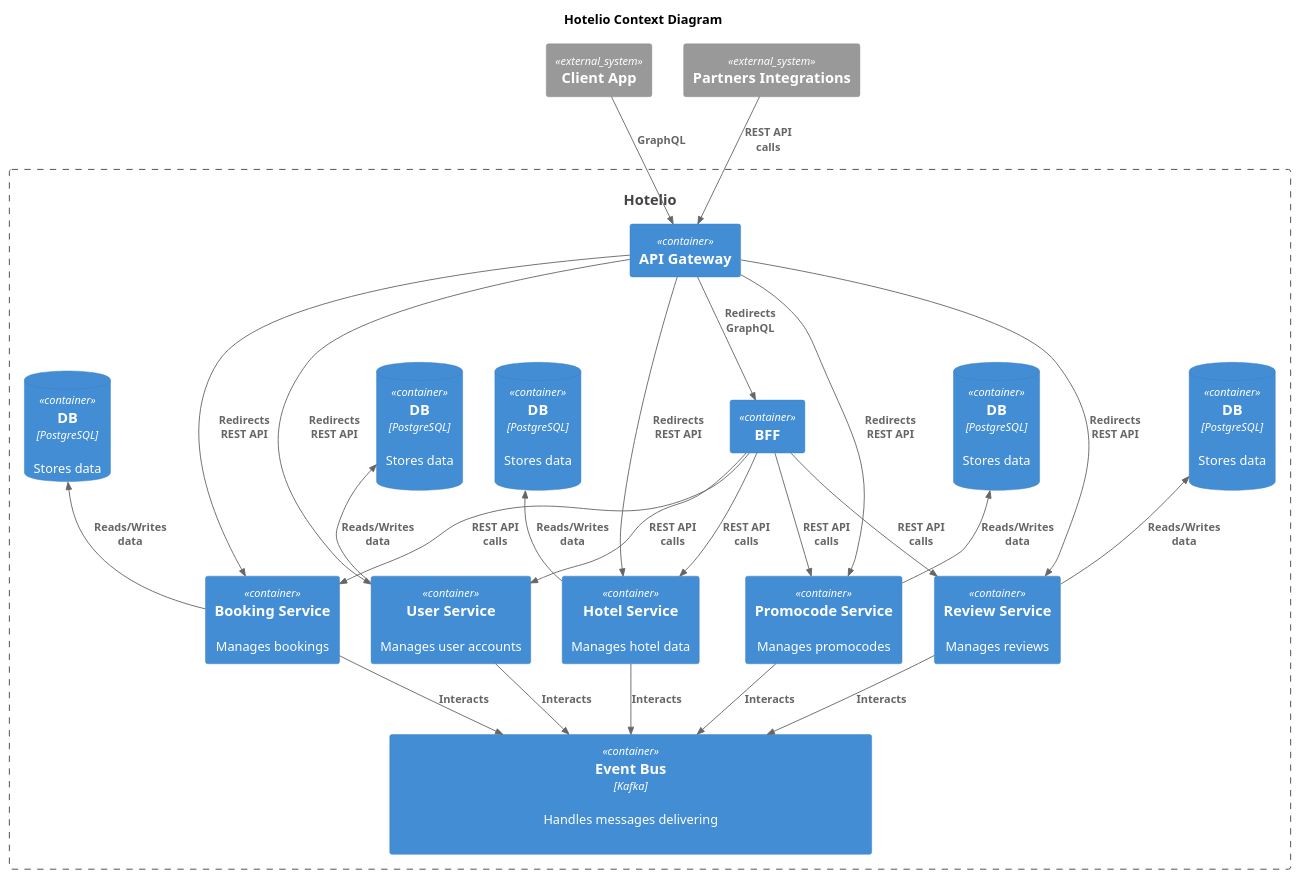
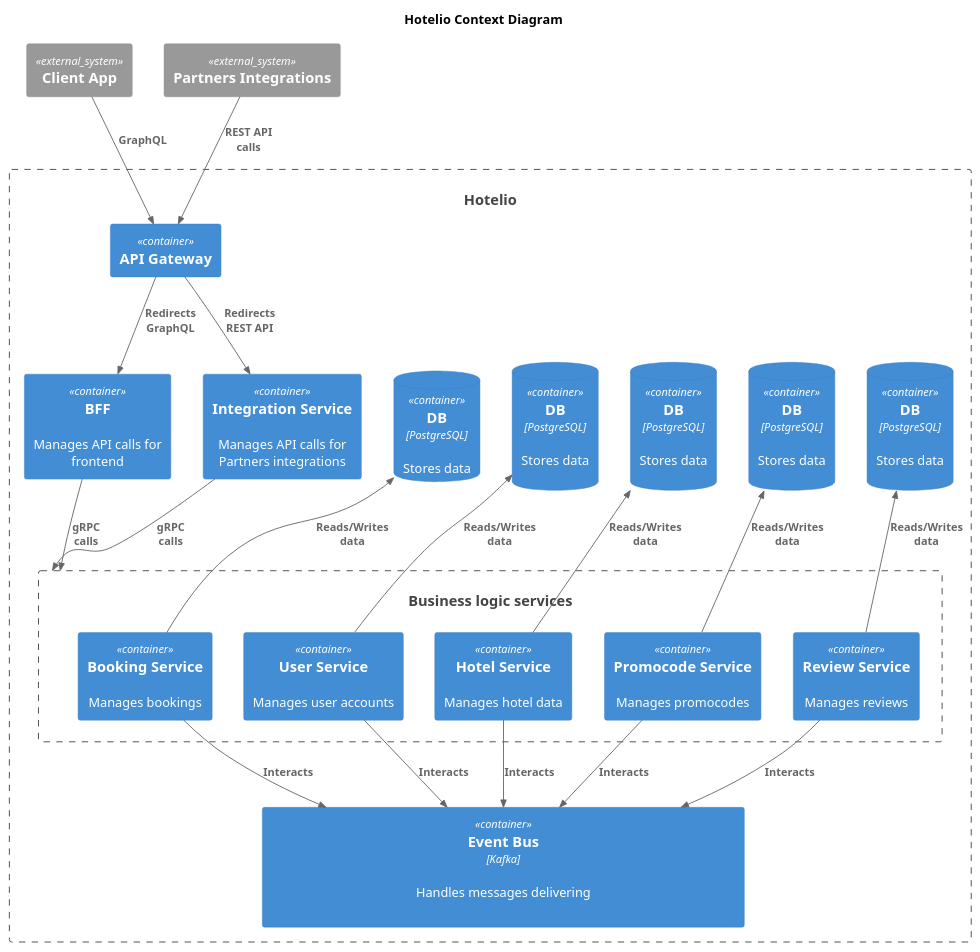
The diagram in tasks/task1/results/to-be C2.puml (ane-ta/msa-sprint2), drawn with PlantUML before and after one commit.

Commit message:
docs: to-be - sync interaction modified

```diff
--- a/tasks/task1/results/to-be C2.puml
+++ b/tasks/task1/results/to-be C2.puml
@@ -1,75 +1,83 @@
 @startuml
 title Hotelio Context Diagram
 
 Top to bottom direction
 
 !includeurl https://raw.githubusercontent.com/RicardoNiepel/C4-PlantUML/master/C4_Component.puml
 
 System_Ext(sysApp, "Client App")
 System_Ext(sysPartners, "Partners Integrations")
 
 'monolyth
 System(sysHotelio, "Hotelio")
 Container_Boundary(sysHotelio, ""){
     ContainerDb(cntDbBooking, "DB", "PostgreSQL", "Stores data"){
     }
     ContainerDb(cntDbUsers, "DB", "PostgreSQL", "Stores data\n")
     ContainerDb(cntDbHotels, "DB", "PostgreSQL", "Stores data\n")
     ContainerDb(cntDbPromocodes, "DB", "PostgreSQL", "Stores data\n"){
     }
     ContainerDb(cntDbReviews, "DB", "PostgreSQL", "Stores data\n")
 
-    Container(cntBFF, "BFF")
+    Container(cntBFF, "BFF","", "Manages API calls for frontend")
+    Container(cntPartnersService, "Integration Service", "", "Manages API calls for Partners integrations")
     Container(cntAPIGateway, "API Gateway")
 
-    Container(cntBooking, "Booking Service", "", "Manages bookings")
-    Container(cntUsers, "User Service", "", "Manages user accounts")
-    Container(cntHotels, "Hotel Service", "", "Manages hotel data")
-    Container(cntPromocodes, "Promocode Service", "", "Manages promocodes")
-    Container(cntReviews, "Review Service", "", "Manages reviews")
-
+    System(sysHotelioLogic, "Business logic services")
+    Container_Boundary(sysHotelioLogic,""){
+        Container(cntBooking, "Booking Service", "", "Manages bookings")
+        Container(cntUsers, "User Service", "", "Manages user accounts")
+        Container(cntHotels, "Hotel Service", "", "Manages hotel data")
+        Container(cntPromocodes, "Promocode Service", "", "Manages promocodes")
+        Container(cntReviews, "Review Service", "", "Manages reviews")
+    }
     Container(cntBroker, "Event Bus", "Kafka", "Handles messages delivering\n                                                                                                                                            ")
 }
 
 Lay_Right(cntDbBooking,cntDbUsers)
 Lay_Right(cntDbUsers,cntDbHotels)
 Lay_Right(cntDbHotels,cntDbPromocodes)
 Lay_Right(cntDbPromocodes,cntDbReviews)
 
 Lay_Right(cntBooking,cntUsers)
 Lay_Right(cntUsers,cntHotels)
 Lay_Right(cntHotels,cntPromocodes)
 Lay_Right(cntPromocodes,cntReviews)
 
 'external
 Rel_Down(sysApp, cntAPIGateway, "GraphQL")
 Rel_Down(sysPartners, cntAPIGateway, "REST API\ncalls")
 
 'broker
 Rel(cntBooking, cntBroker, "Interacts")
 Rel(cntUsers, cntBroker, "Interacts")
 Rel(cntHotels, cntBroker, "Interacts")
 Rel(cntPromocodes, cntBroker, "Interacts")
 Rel(cntReviews, cntBroker, "Interacts")
 
 'bff
 Rel(cntAPIGateway, cntBFF, "Redirects\nGraphQL")
-Rel(cntAPIGateway, cntBooking, "Redirects\nREST API")
-Rel(cntAPIGateway, cntUsers, "Redirects\nREST API")
-Rel(cntAPIGateway, cntHotels, "Redirects\nREST API")
-Rel(cntAPIGateway, cntPromocodes, "Redirects\nREST API")
-Rel(cntAPIGateway, cntReviews, "Redirects\nREST API")
+Rel(cntAPIGateway, cntPartnersService, "Redirects\nREST API")
 
-Rel(cntBFF, cntBooking, "REST API\ncalls")
-Rel(cntBFF, cntUsers, "REST API\ncalls")
-Rel(cntBFF, cntHotels, "REST API\ncalls")
-Rel(cntBFF, cntPromocodes, "REST API\ncalls")
-Rel(cntBFF, cntReviews, "REST API\ncalls")
+Rel(cntPartnersService, sysHotelioLogic, "gRPC\ncalls")
+Rel(cntBFF, sysHotelioLogic, "gRPC\ncalls")
+
+' Rel(cntPartnersService, cntBooking, "gRPC\ncalls")
+' Rel(cntPartnersService, cntUsers, "gRPC\ncalls")
+' Rel(cntPartnersService, cntHotels, "gRPC\ncalls")
+' Rel(cntPartnersService, cntPromocodes, "gRPC\ncalls")
+' Rel(cntPartnersService, cntReviews, "gRPC\ncalls")
+
+' Rel(cntBFF, cntBooking, "gRPC\ncalls")
+' Rel(cntBFF, cntUsers, "gRPC\ncalls")
+' Rel(cntBFF, cntHotels, "gRPC\ncalls")
+' Rel(cntBFF, cntPromocodes, "gRPC\ncalls")
+' Rel(cntBFF, cntReviews, "gRPC\ncalls")
 
 'db
 Rel_Up(cntBooking, cntDbBooking, "Reads/Writes\ndata")
 Rel_Up(cntUsers, cntDbUsers, "Reads/Writes\ndata")
 Rel_Up(cntHotels, cntDbHotels, "Reads/Writes\ndata")
 Rel_Up(cntPromocodes, cntDbPromocodes, "Reads/Writes\ndata")
 Rel_Up(cntReviews, cntDbReviews, "Reads/Writes\ndata")
 @enduml
```
